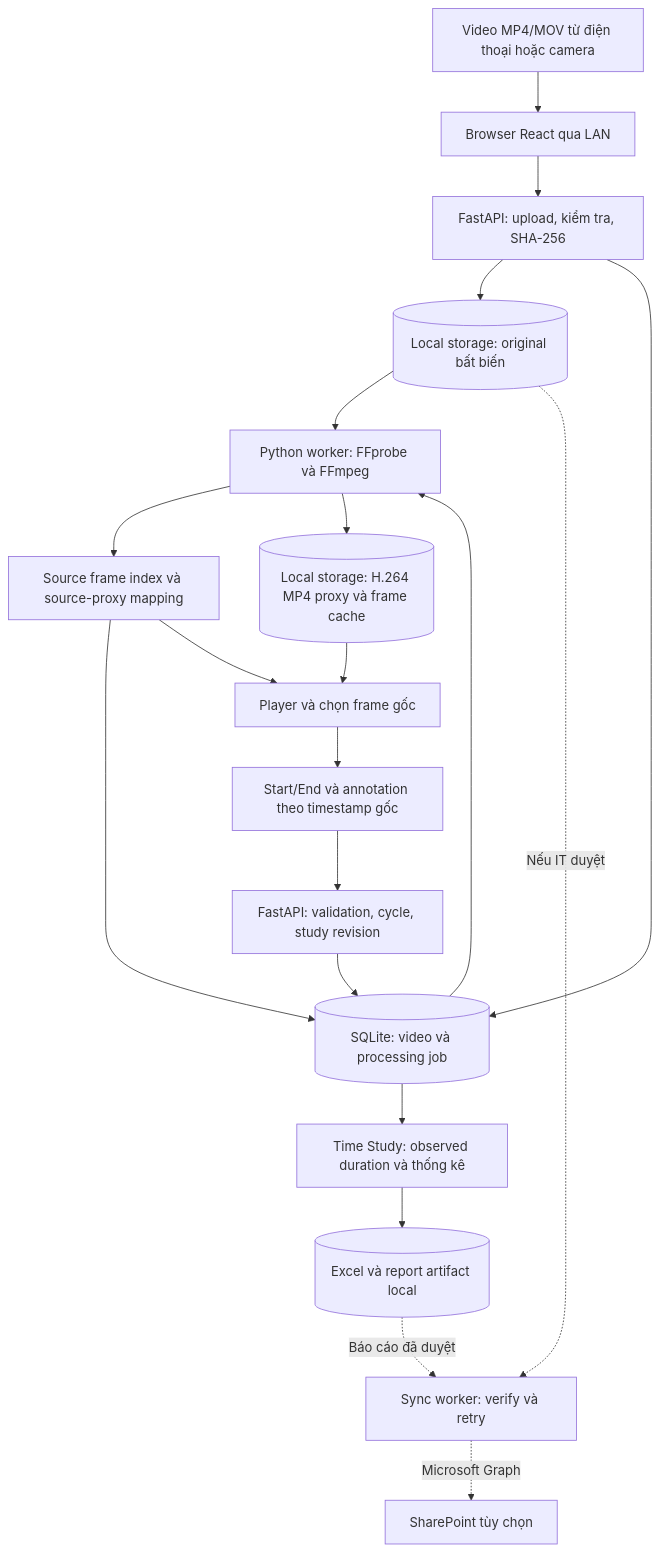
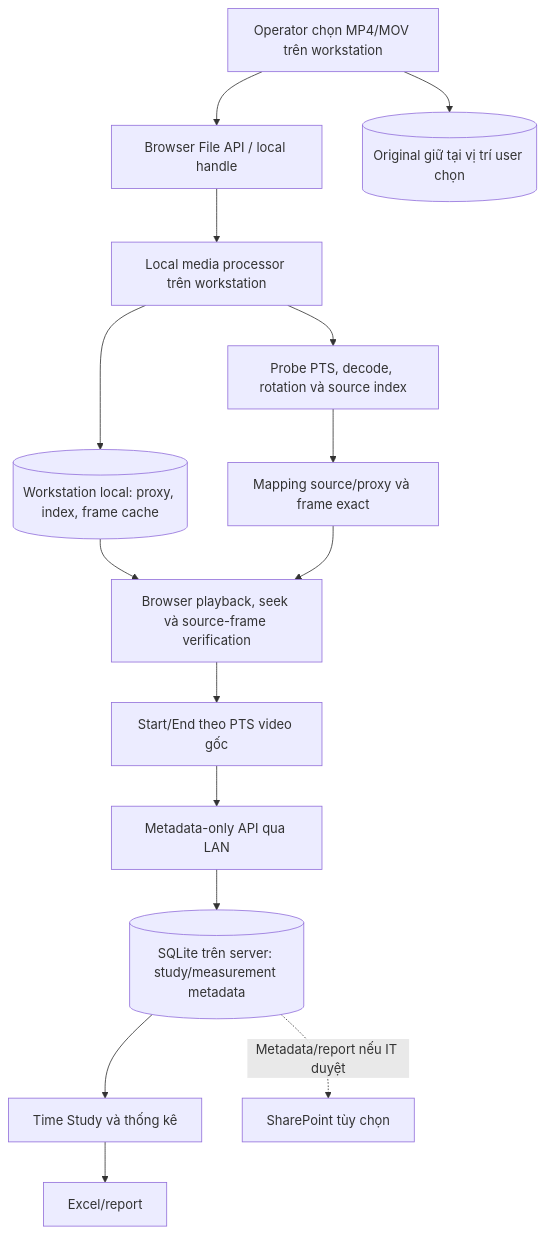
Before and after one commit to logtranwanek-spec/Motion-Tracking: the diagram in ARCHITECTURE.md, drawn with Mermaid. The commit also changed other lines of this file and 4 other files, not shown here.

Commit message:
docs: require workstation-local video storage

````diff
--- a/ARCHITECTURE.md
+++ b/ARCHITECTURE.md
@@ -24,22 +24,17 @@
 ```mermaid
 flowchart TD
-    A[Video MP4/MOV từ điện thoại hoặc camera] --> B[Browser React qua LAN]
-    B --> C[FastAPI: upload, kiểm tra, SHA-256]
-    C --> D[(Local storage: original bất biến)]
-    C --> E[(SQLite: video và processing job)]
-    E --> F[Python worker: FFprobe và FFmpeg]
-    D --> F
-    F --> G[Source frame index và source-proxy mapping]
-    F --> H[(Local storage: H.264 MP4 proxy và frame cache)]
-    G --> E
-    H --> I[Player và chọn frame gốc]
-    G --> I
-    I --> J[Start/End và annotation theo timestamp gốc]
-    J --> K[FastAPI: validation, cycle, study revision]
-    K --> E
-    E --> L[Time Study: observed duration và thống kê]
-    L --> M[(Excel và report artifact local)]
-    D -. Nếu IT duyệt .-> N[Sync worker: verify và retry]
-    M -. Báo cáo đã duyệt .-> N
-    N -. Microsoft Graph .-> O[SharePoint tùy chọn]
+    A[Operator chọn MP4/MOV trên workstation] --> B[Browser File API / local handle]
+    B --> C[Local media processor trên workstation]
+    C --> D[Probe PTS, decode, rotation và source index]
+    C --> E[(Workstation local: proxy, index, frame cache)]
+    A --> F[(Original giữ tại vị trí user chọn)]
+    D --> G[Mapping source/proxy và frame exact]
+    E --> H[Browser playback, seek và source-frame verification]
+    G --> H
+    H --> I[Start/End theo PTS video gốc]
+    I --> J[Metadata-only API qua LAN]
+    J --> K[(SQLite trên server: study/measurement metadata)]
+    K --> L[Time Study và thống kê]
+    L --> M[Excel/report]
+    K -. Metadata/report nếu IT duyệt .-> N[SharePoint tùy chọn]
 ```
````
